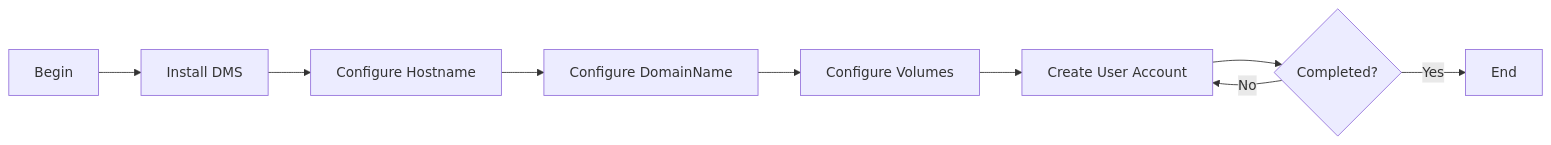
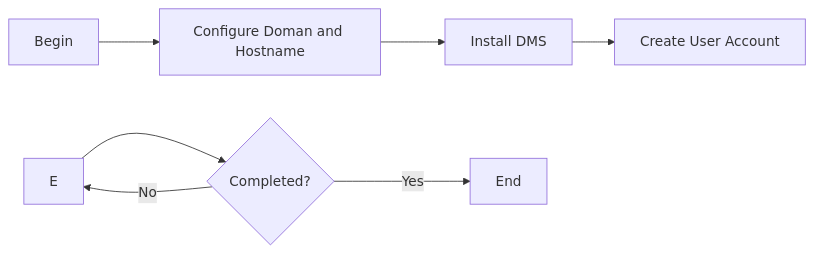
Before and after one commit to codersyacht/maximo-knowledge-center: the diagram in devops/email/docker-mail-server.md, drawn with Mermaid.

````diff
--- a/devops/email/docker-mail-server.md
+++ b/devops/email/docker-mail-server.md
@@ -16,11 +16,10 @@
 ```mermaid
 graph LR
-A[Begin] --> B[Install DMS]
-B --> C[Configure Hostname]
-C --> D[Configure DomainName]
-D --> E[Configure Volumes]
-E --> F[Create User Account]
-F --> G{Completed?}
-G --> |No| F 
-G --> |Yes| H[End]
+
+A[Begin] --> B[Configure Doman and Hostname]
+B --> C[Install DMS]
+C --> D[Create User Account]
+E --> F{Completed?}
+F --> |No| E 
+F --> |Yes| G[End]
 ```
````
